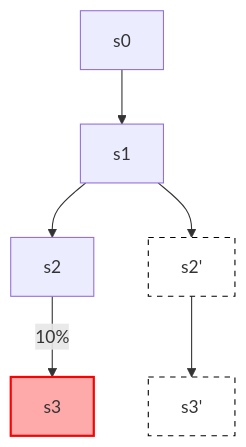
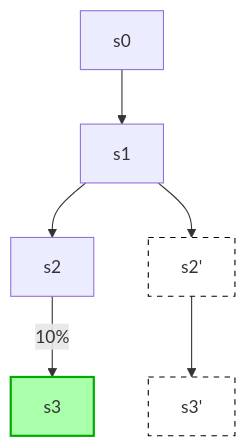
The sixth of 8 diagrams in MD/md-n/README.md (movementlabsxyz/MIP), drawn with Mermaid before and after one commit. The commit also changed other lines of this file, not shown here.

````diff
--- a/MD/md-n/README.md
+++ b/MD/md-n/README.md
@@ -298,12 +298,12 @@
 ```mermaid
 graph TD
   s0 --> s1
   s1 --> s2
   s1 --> s2'
   s2 --> |10%| s3
   s2' -->  s3'
 
   style s2' fill:#fff,stroke:#000,stroke-width:1px,stroke-dasharray: 5 5
   style s3' fill:#fff,stroke:#000,stroke-width:1px,stroke-dasharray: 5 5
-  style s3 fill:#faa,stroke:#f00,stroke-width:2px
+  style s3 fill:#afa,stroke:#0a0,stroke-width:2px
 ```
````
